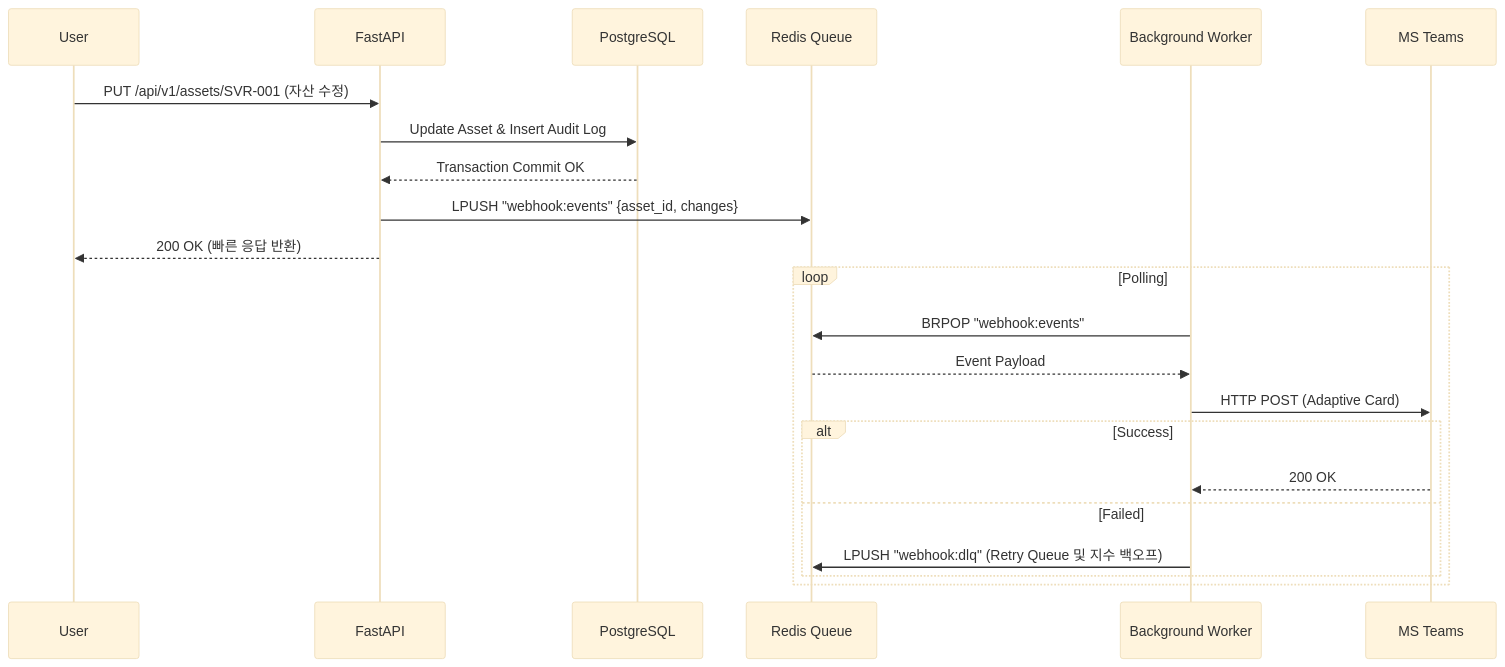
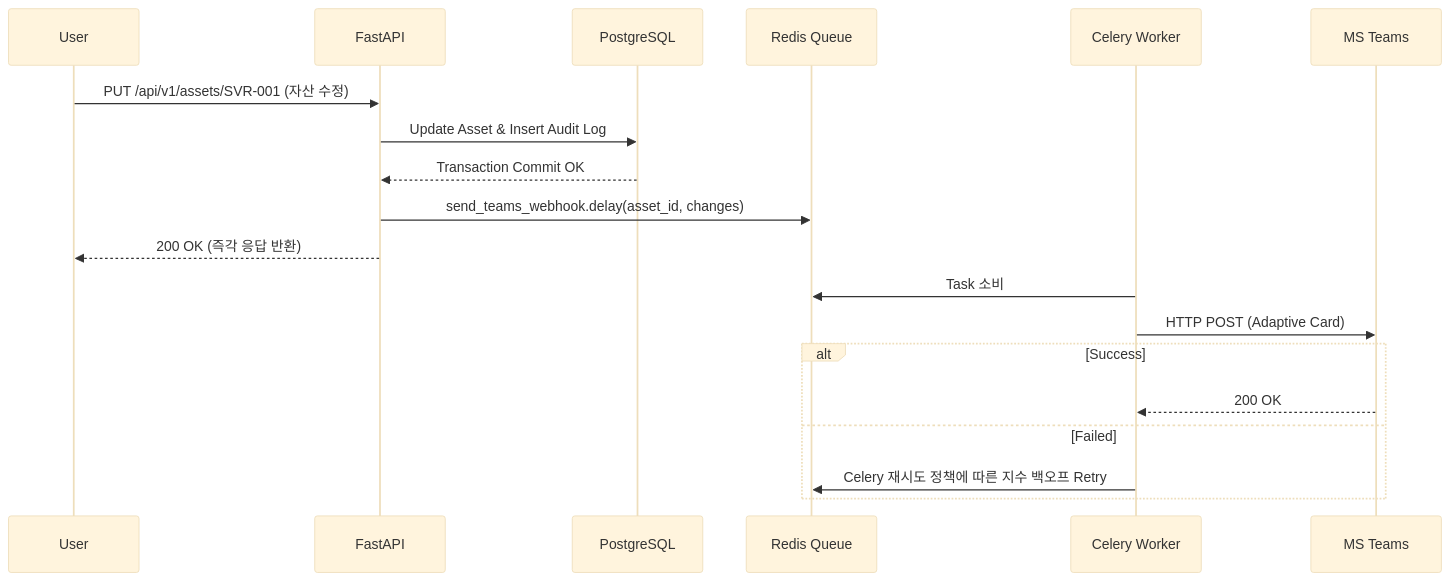
Before and after one commit to rebel-glamp/xenon_itam: the second of 2 diagrams in README.md, drawn with Mermaid (base theme). The commit also changed other lines of this file, not shown here.

````diff
--- a/README.md
+++ b/README.md
@@ -68,26 +65,23 @@
 ```mermaid
 sequenceDiagram
     participant User
     participant API as FastAPI
     participant DB as PostgreSQL
     participant Redis as Redis Queue
-    participant Worker as Background Worker
+    participant Worker as Celery Worker
     participant Teams as MS Teams
 
     User->>API: PUT /api/v1/assets/SVR-001 (자산 수정)
     API->>DB: Update Asset & Insert Audit Log
     DB-->>API: Transaction Commit OK
-    API->>Redis: LPUSH "webhook:events" {asset_id, changes}
-    API-->>User: 200 OK (빠른 응답 반환)
+    API->>Redis: send_teams_webhook.delay(asset_id, changes)
+    API-->>User: 200 OK (즉각 응답 반환)
     
-    loop Polling
-        Worker->>Redis: BRPOP "webhook:events"
-        Redis-->>Worker: Event Payload
-        Worker->>Teams: HTTP POST (Adaptive Card)
-        alt Success
-            Teams-->>Worker: 200 OK
-        else Failed
-            Worker->>Redis: LPUSH "webhook:dlq" (Retry Queue 및 지수 백오프)
-        end
+    Worker->>Redis: Task 소비
+    Worker->>Teams: HTTP POST (Adaptive Card)
+    alt Success
+        Teams-->>Worker: 200 OK
+    else Failed
+        Worker->>Redis: Celery 재시도 정책에 따른 지수 백오프 Retry
     end
 ```
````
